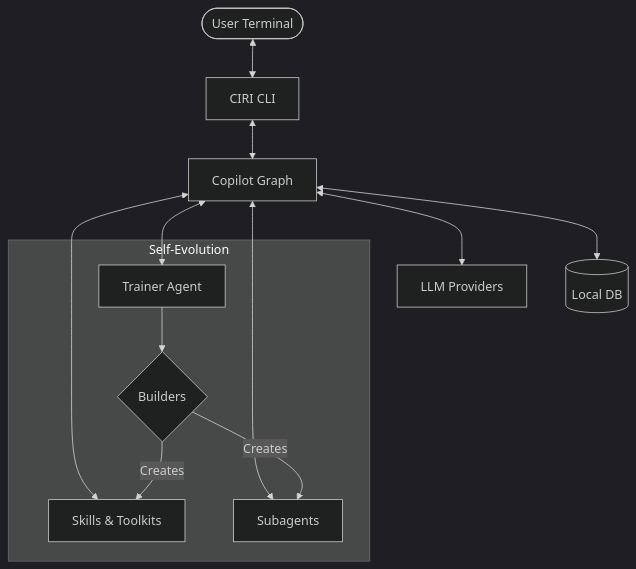
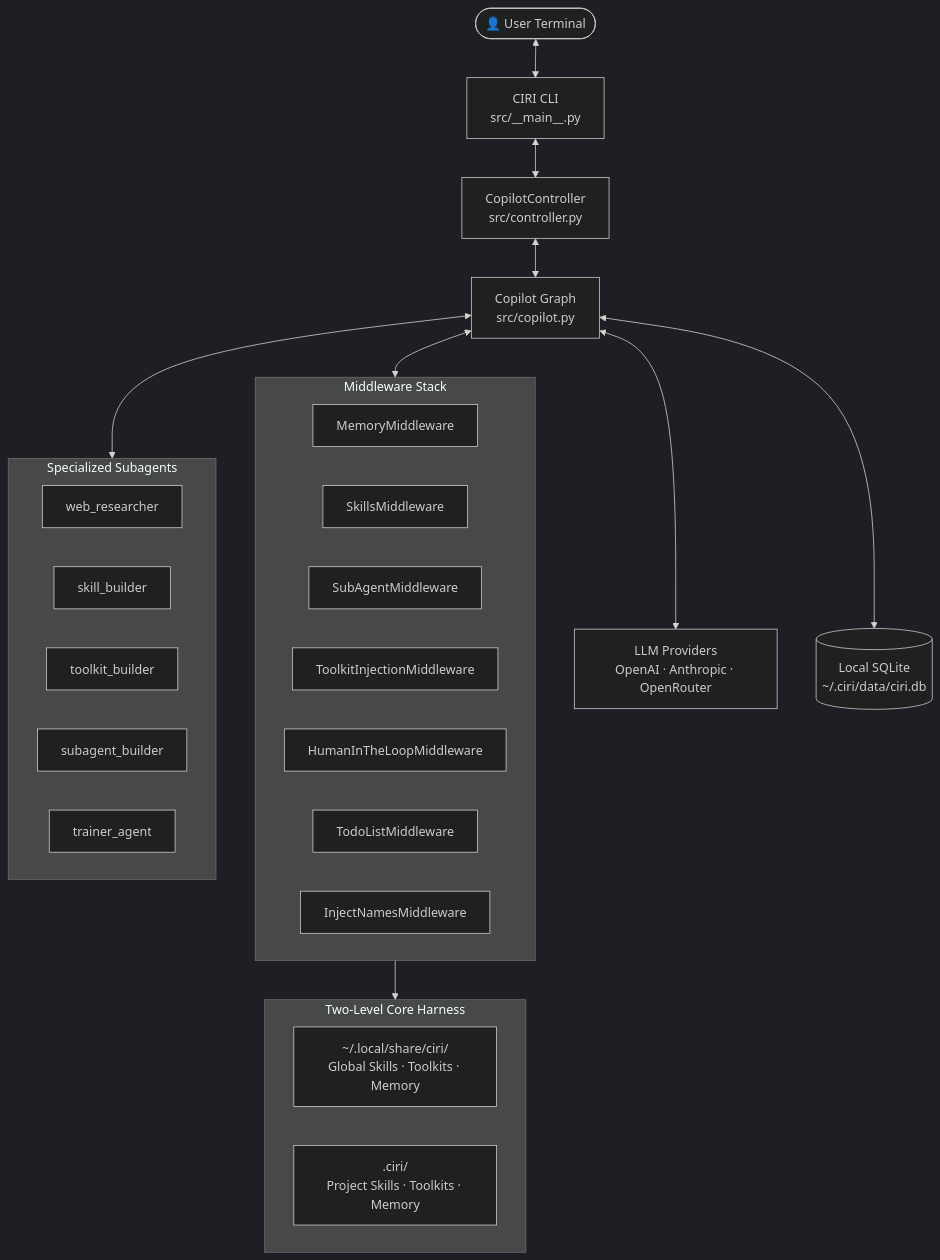
The diagram in docs-site/docs/intro.md (adimis-ai/ciri-cli), drawn with Mermaid (dark theme) before and after one commit. The commit also changed other lines of this file and 28 other files, not shown here.

Commit message:
feat: Revamp docs site homepage, add new feature and internal documentation, and update core controller logic.

````diff
--- a/docs-site/docs/intro.md
+++ b/docs-site/docs/intro.md
@@ -9,16 +52,38 @@
 ```mermaid
 flowchart TD
-  User([User Terminal]) <--> CLI[CIRI CLI]
-  CLI <--> Graph[Copilot Graph]
-  Graph <--> LLM[LLM Providers]
-  Graph <--> Tools[Skills & Toolkits]
-  Graph <--> Sub[Subagents]
-  Graph <--> DB[(Local DB)]
-  
-  subgraph Self-Evolution
-    Trainer[Trainer Agent] --> Builders{Builders}
-    Builders --> |Creates| Tools
-    Builders --> |Creates| Sub
+  User([👤 User Terminal]) <--> CLI[CIRI CLI\nsrc/__main__.py]
+  CLI <--> Controller[CopilotController\nsrc/controller.py]
+  Controller <--> Graph[Copilot Graph\nsrc/copilot.py]
+
+  Graph <--> LLM[LLM Providers\nOpenAI · Anthropic · OpenRouter]
+  Graph <--> MW[Middleware Stack]
+  Graph <--> DB[(Local SQLite\n~/.ciri/data/ciri.db)]
+
+  subgraph MW [Middleware Stack]
+    direction LR
+    M1[MemoryMiddleware]
+    M2[SkillsMiddleware]
+    M3[SubAgentMiddleware]
+    M4[ToolkitInjectionMiddleware]
+    M5[HumanInTheLoopMiddleware]
+    M6[TodoListMiddleware]
+    M7[InjectNamesMiddleware]
   end
-  Graph <--> Trainer
+
+  subgraph Subagents [Specialized Subagents]
+    SA1[web_researcher]
+    SA2[skill_builder]
+    SA3[toolkit_builder]
+    SA4[subagent_builder]
+    SA5[trainer_agent]
+  end
+
+  Graph <--> Subagents
+
+  subgraph Harness [Two-Level Core Harness]
+    H1[~/.local/share/ciri/\nGlobal Skills · Toolkits · Memory]
+    H2[.ciri/\nProject Skills · Toolkits · Memory]
+  end
+
+  MW --> Harness
 ```
````
